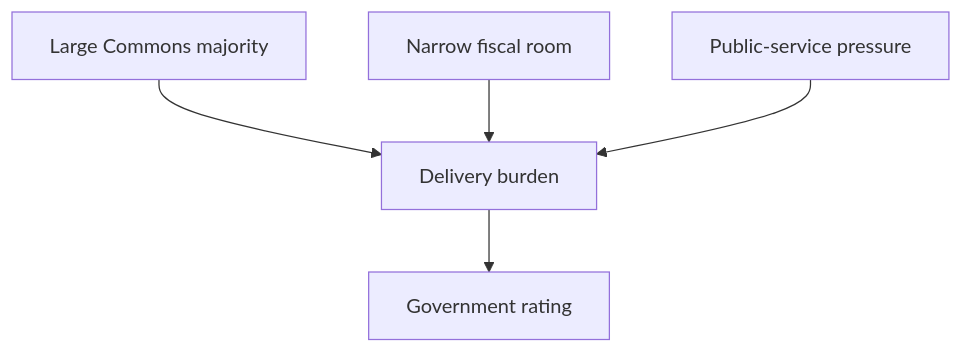
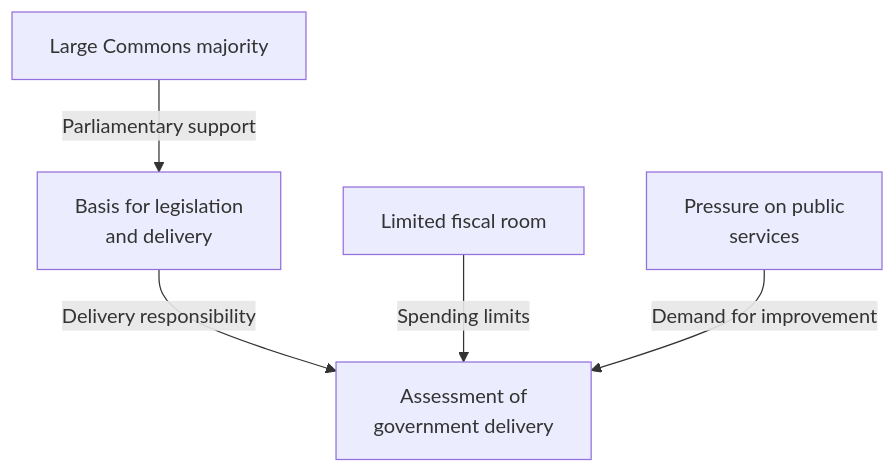
The diagram in articles/report/uk-politics-current-issues/en/index.mdx (daylight55/research), drawn with Mermaid before and after one commit. The commit also changed 181 other files, not shown here.

First line of the commit message:
全記事の図解368点を再生成し、共通注意書きを削除 (#402)

````diff
--- a/articles/report/uk-politics-current-issues/en/index.mdx
+++ b/articles/report/uk-politics-current-issues/en/index.mdx
@@ -28,7 +28,14 @@
 ```mermaid
 flowchart TD
-  A["Large Commons majority"] --> D["Delivery burden"]
-  B["Narrow fiscal room"] --> D
-  C["Public-service pressure"] --> D
-  D --> E["Government rating"]
+  accTitle: The UK government's seats and constraints on delivery
+  accDescr: A Commons majority supports legislation, while fiscal room and public-service demand constrain delivery.
+  N0["Large Commons majority"]
+  N1["Basis for legislation<br/>and delivery"]
+  N2["Limited fiscal room"]
+  N3["Pressure on public<br/>services"]
+  N4["Assessment of<br/>government delivery"]
+  N0 -->|Parliamentary support| N1
+  N1 -->|Delivery responsibility| N4
+  N2 -->|Spending limits| N4
+  N3 -->|Demand for improvement| N4
 ```
````
